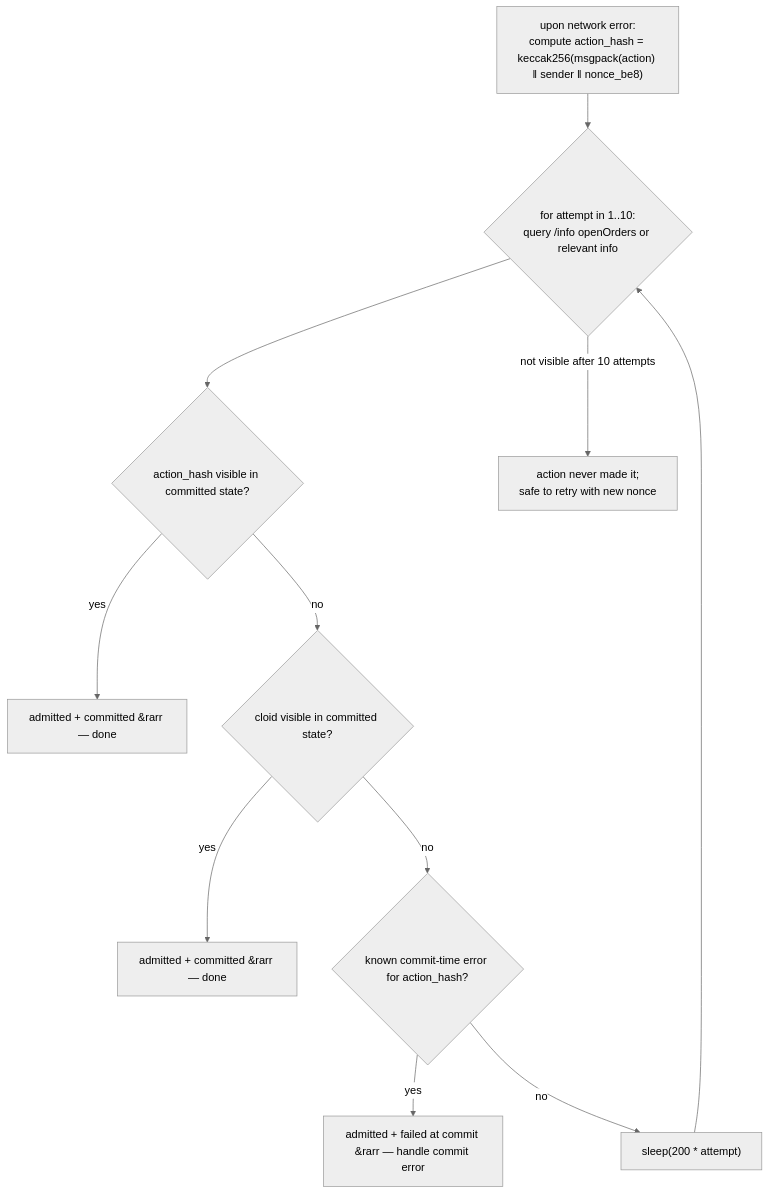
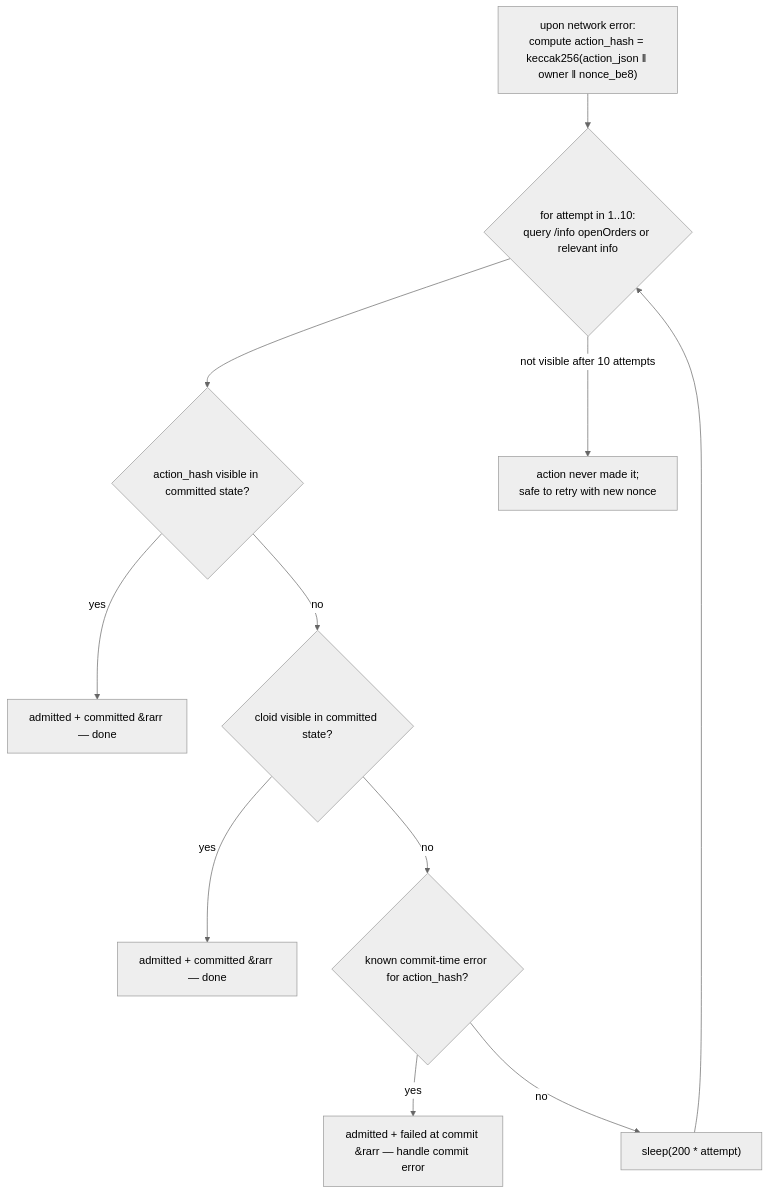
Before and after one commit to mtf-exchange/metaflux-knowledges: the third of 3 diagrams in docs/integration/error-handling.md, drawn with Mermaid (neutral theme). The commit also changed other lines of this file and 10 other files, not shown here.

````diff
--- a/docs/integration/error-handling.md
+++ b/docs/integration/error-handling.md
@@ -136,14 +136,14 @@
 ```mermaid
 flowchart TD
-    E["upon network error:<br/>compute action_hash = keccak256(msgpack(action) ‖ sender ‖ nonce_be8)"]
+    E["upon network error:<br/>compute action_hash = keccak256(action_json ‖ owner ‖ nonce_be8)"]
     E --> L{"for attempt in 1..10:<br/>query /info openOrders or relevant info"}
     L --> H{"action_hash visible in committed state?"}
     H -->|yes| D1["admitted + committed &rarr — done"]
     H -->|no| C{"cloid visible in committed state?"}
     C -->|yes| D2["admitted + committed &rarr — done"]
     C -->|no| K{"known commit-time error for action_hash?"}
     K -->|yes| D3["admitted + failed at commit &rarr — handle commit error"]
     K -->|no| SL["sleep(200 * attempt)"]
     SL --> L
     L -->|not visible after 10 attempts| D4["action never made it;<br/>safe to retry with new nonce"]
 ```
````
